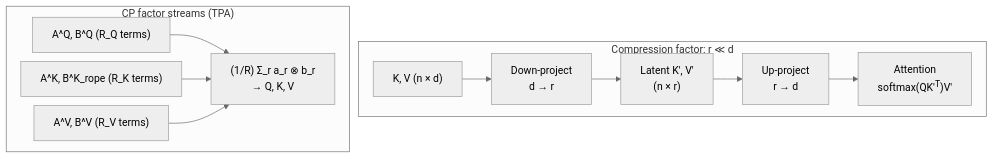
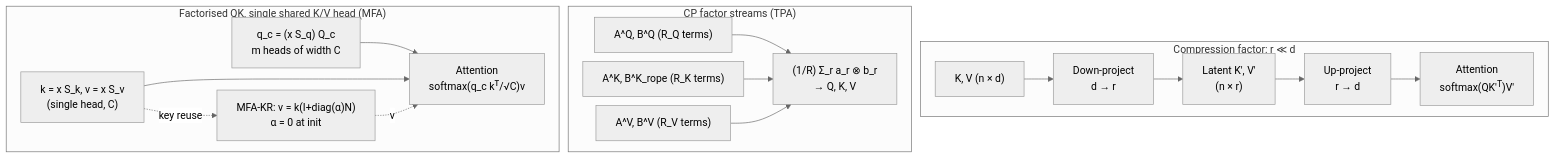
The diagram in docs/paper/figures/latent-map.mmd (erickfmm/frankenstein-transformer), drawn with Mermaid before and after one commit. The commit also changed 46 other files, not shown here.

```diff
--- a/docs/paper/figures/latent-map.mmd
+++ b/docs/paper/figures/latent-map.mmd
@@ -1,19 +1,30 @@
 %%{init: {"theme":"neutral","flowchart":{"curve":"basis","nodeSpacing":14,"rankSpacing":20}}}%%
 flowchart TD
   subgraph latent["Compression factor: r ≪ d"]
     kv["K, V (n × d)"]
     down["Down-project<br/>d → r"]
     lat["Latent K′, V′<br/>(n × r)"]
     up["Up-project<br/>r → d"]
     attn["Attention<br/>softmax(QK′<sup>T</sup>)V′"]
     kv --> down --> lat --> up --> attn
   end
   subgraph factor["CP factor streams (TPA)"]
     fq["A^Q, B^Q (R_Q terms)"]
     fk["A^K, B^K_rope (R_K terms)"]
     fv["A^V, B^V (R_V terms)"]
     cp["(1/R) Σ_r a_r ⊗ b_r<br/>→ Q, K, V"]
     fq --> cp
     fk --> cp
     fv --> cp
   end
+
+  subgraph mfa["Factorised QK, single shared K/V head (MFA)"]
+    mq["q_c = (x S_q) Q_c<br/>m heads of width C"]
+    mk["k = x S_k, v = x S_v<br/>(single head, C)"]
+    mkr["MFA-KR: v = k(I+diag(α)N)<br/>α = 0 at init"]
+    matt["Attention<br/>softmax(q_c kᵀ/√C)v"]
+    mq --> matt
+    mk --> matt
+    mk -. "key reuse" .-> mkr
+    mkr -. "v" .-> matt
+  end
```
